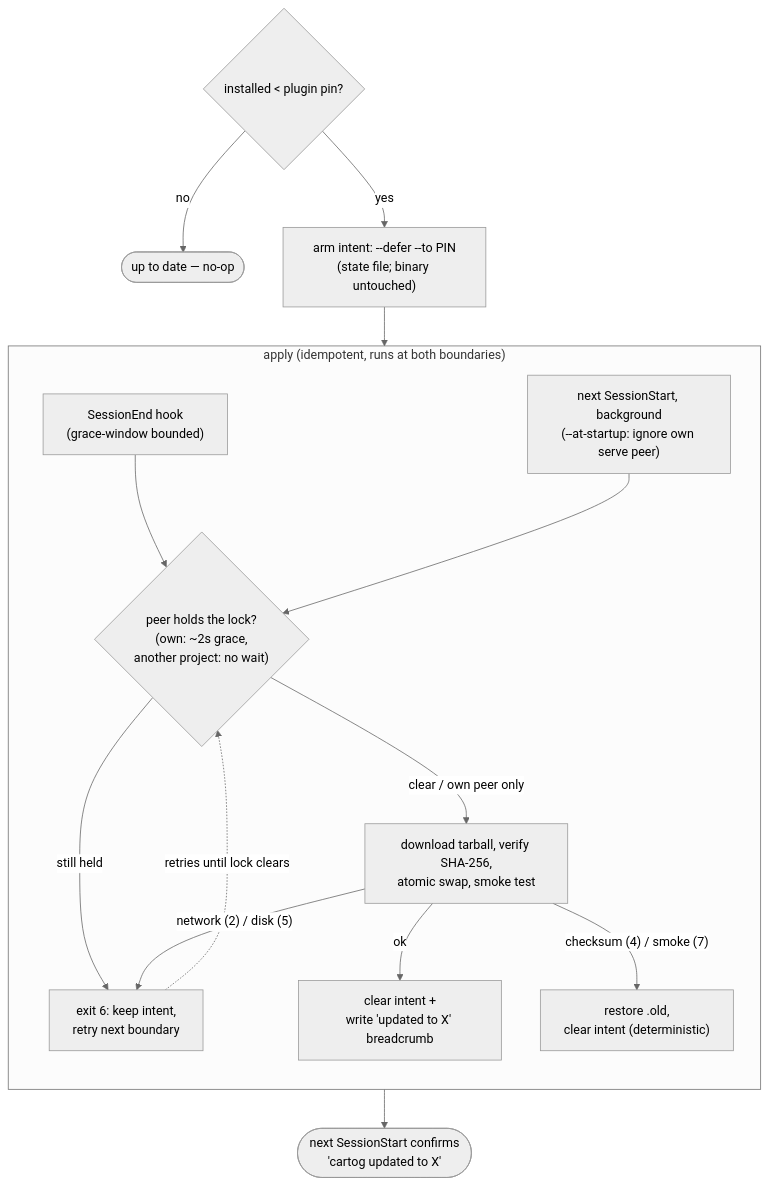
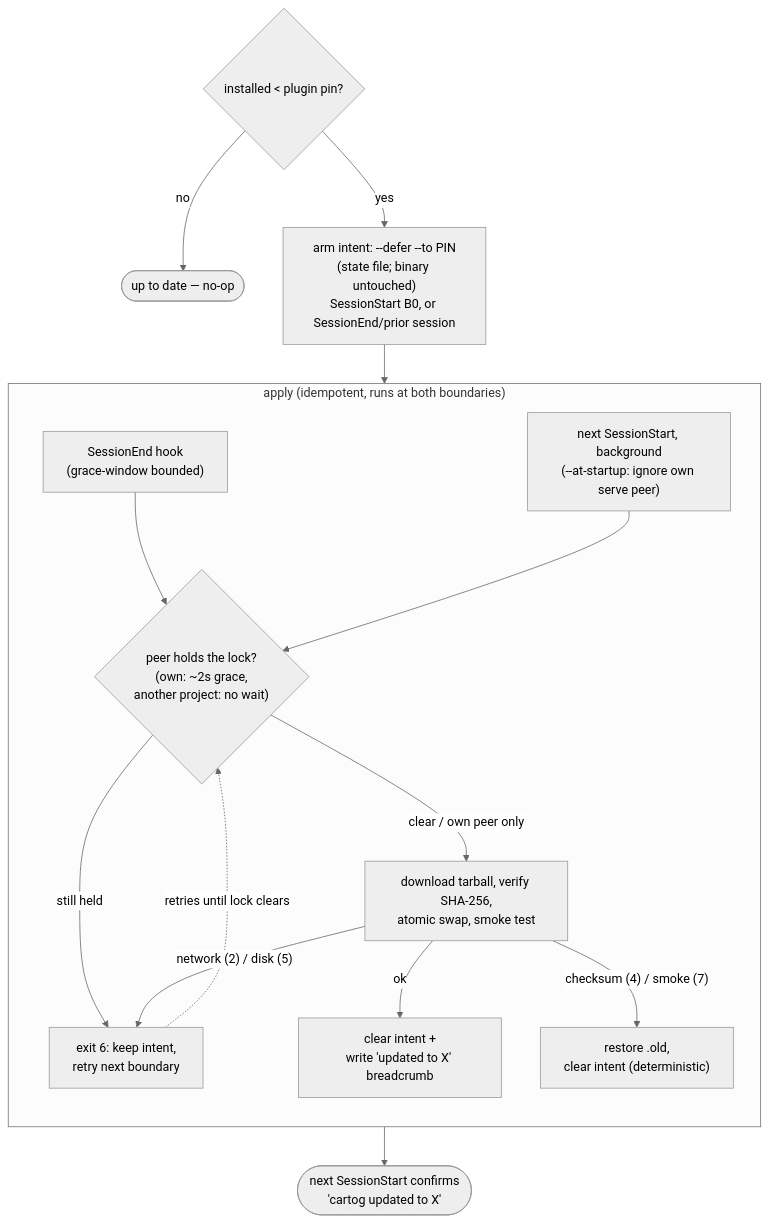
The diagram in docs/how-to/update-cartog.md (jrollin/cartog), drawn with Mermaid (neutral theme) before and after one commit. The commit also changed other lines of this file and 9 other files, not shown here.

First line of the commit message:
docs: describe the drift notice and the startup arm

````diff
--- a/docs/how-to/update-cartog.md
+++ b/docs/how-to/update-cartog.md
@@ -61,25 +61,25 @@
 ```mermaid
 flowchart TD
     drift{"installed < plugin pin?"}
     drift -- no --> done([up to date — no-op])
-    drift -- yes --> arm["arm intent: --defer --to PIN<br/>(state file; binary untouched)"]
+    drift -- yes --> arm["arm intent: --defer --to PIN<br/>(state file; binary untouched)<br/>SessionStart B0, or SessionEnd/prior session"]
 
     arm --> apply
 
     subgraph apply["apply (idempotent, runs at both boundaries)"]
         direction TB
         endHook["SessionEnd hook<br/>(grace-window bounded)"]
         startHook["next SessionStart, background<br/>(--at-startup: ignore own serve peer)"]
         endHook --> peer
         startHook --> peer
         peer{"peer holds the lock?<br/>(own: ~2s grace,<br/>another project: no wait)"}
         peer -- "still held" --> kept["exit 6: keep intent,<br/>retry next boundary"]
         peer -- "clear / own peer only" --> swap["download tarball, verify SHA-256,<br/>atomic swap, smoke test"]
         swap -- "ok" --> clear["clear intent +<br/>write 'updated to X' breadcrumb"]
         swap -- "checksum (4) / smoke (7)" --> rollback["restore .old,<br/>clear intent (deterministic)"]
         swap -- "network (2) / disk (5)" --> kept
     end
 
     kept -. "retries until lock clears" .-> peer
     clear --> confirm([next SessionStart confirms<br/>'cartog updated to X'])
 ```
````
